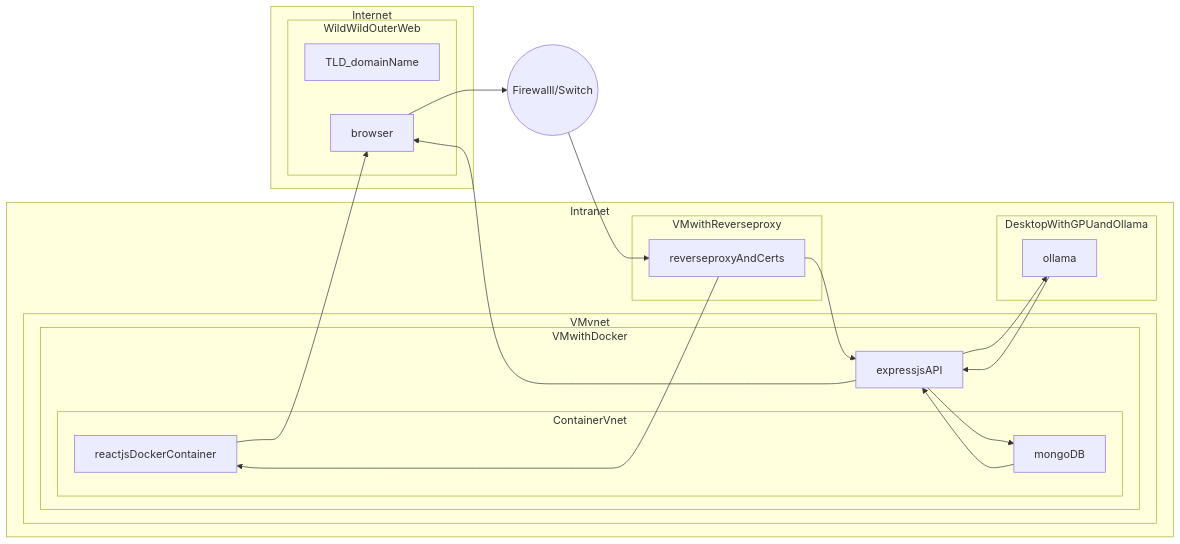
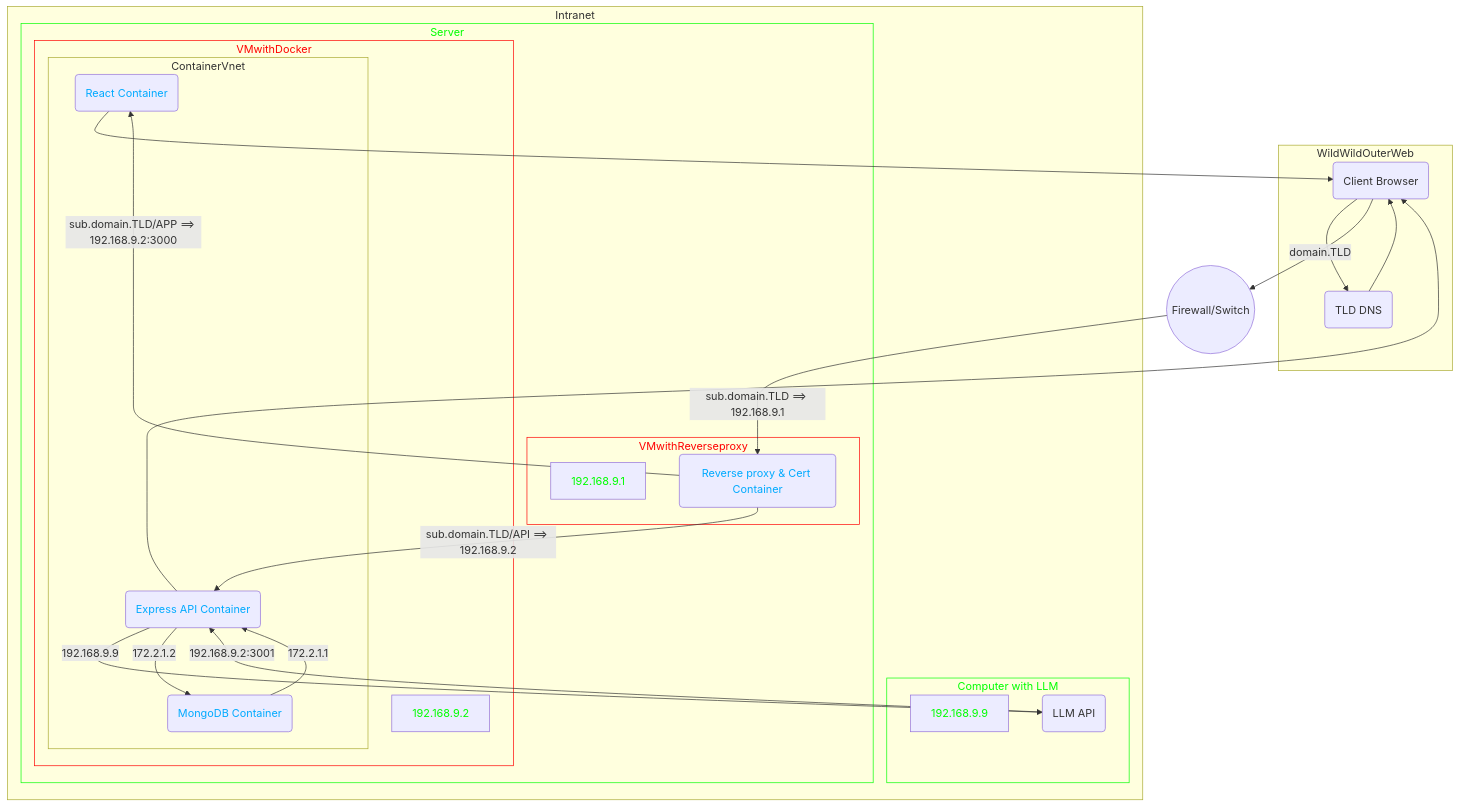
Before and after one commit to 0x6A4B/Metropolia: the first of 7 diagrams in 2024_Syys/Web/STRUCTURE.md, drawn with Mermaid. The commit also changed other lines of this file and 59 other files, not shown here.

````diff
--- a/2024_Syys/Web/STRUCTURE.md
+++ b/2024_Syys/Web/STRUCTURE.md
@@ -10,57 +10,79 @@
 ```mermaid
-    flowchart LR
+    flowchart TD
 
-    subgraph Internet
-        WildWildOuterWeb
-    end
+%%    subgraph Internet
+%%        WildWildOuterWeb
+%%    end
 
     subgraph Intranet
-        VMvnet
+        %%VMwithDocker
         DesktopWithGPUandOllama
-        VMwithReverseproxy
+        %%VMwithReverseproxy
+        Server
     end
 
     subgraph ContainerVnet
         reactjsDockerContainer
         mongoDB
+        expressjsAPI
     end
 
-    subgraph VMvnet
-        VMwithDocker
+    %%subgraph VMvnet[vnet of React and  DB VM]
+    %%    ContainerVnet
+    %%    expressjsAPI
+    %%end
+
+    subgraph VMwithDocker[VMwithDocker]
+        IP1[192.168.9.2]
+        ContainerVnet
+        
+        %%VMvnet 
     end
-
-    subgraph VMwithDocker
-        ContainerVnet
-        expressjsAPI
-    end
-    subgraph DesktopWithGPUandOllama
+    subgraph DesktopWithGPUandOllama[Computer with LLM]
+        IP2[192.168.9.9]
         ollama
     end
-    subgraph VMwithReverseproxy
+    subgraph VMwithReverseproxy[VMwithReverseproxy]
+        IP3[192.168.9.1]
         reverseproxyAndCerts
     end
-
     subgraph WildWildOuterWeb
         TLD_domainName
         browser
     end
+    subgraph Server
+        VMwithDocker
+        VMwithReverseproxy
+    end
+
+    class IP1,IP2,IP3 ip;
+    classDef ip color:#0f0;
+    class VMwithReverseproxy,VMwithDocker vm;
+    classDef vm color:#f00,stroke:#f00;
+    class reactjsDockerContainer,reverseproxyAndCerts,expressjsAPI,mongoDB container;
+    classDef container color:#0af;
+    class Server,DesktopWithGPUandOllama machine;
+    classDef machine color:#0f0,stroke:#0f0;
 
     %%Internet --> firewall_switch((Firewall/Switch))
 %%    firewall_switch --> Intranet
     %%browser --> reverseproxyAndCerts
-    browser --> firewall_switch
-    reverseproxyAndCerts --> reactjsDockerContainer
-    reactjsDockerContainer --> browser
+
+    TLD_domainName(TLD DNS) --> browser
+    browser --> TLD_domainName
+    browser(Client Browser) -- domain.TLD --> firewall_switch
+    reverseproxyAndCerts(Reverse proxy & Cert Container) -- sub.domain.TLD/APP ==> 192.168.9.2:3000 --> reactjsDockerContainer
+    reactjsDockerContainer(React Container) --> browser
 %%    browser --> expressjsAPI
-    expressjsAPI --> ollama
-    ollama --> expressjsAPI
+    expressjsAPI(Express API Container) -- 192.168.9.9 --> ollama
+    ollama(LLM API) -- 192.168.9.2:3001 --> expressjsAPI
     expressjsAPI --> browser
-    expressjsAPI --> mongoDB
-    mongoDB --> expressjsAPI
+    expressjsAPI -- 172.2.1.2 --> mongoDB
+    mongoDB(MongoDB Container) -- 172.2.1.1 --> expressjsAPI
 
-    firewall_switch((Firewalll/Switch)) --> reverseproxyAndCerts
-    reverseproxyAndCerts --> expressjsAPI
+    firewall_switch((Firewall/Switch))  -- sub.domain.TLD ==> 192.168.9.1 --> reverseproxyAndCerts
+    reverseproxyAndCerts -- sub.domain.TLD/API ==> 192.168.9.2 --> expressjsAPI
 
 
 
 ```
````
